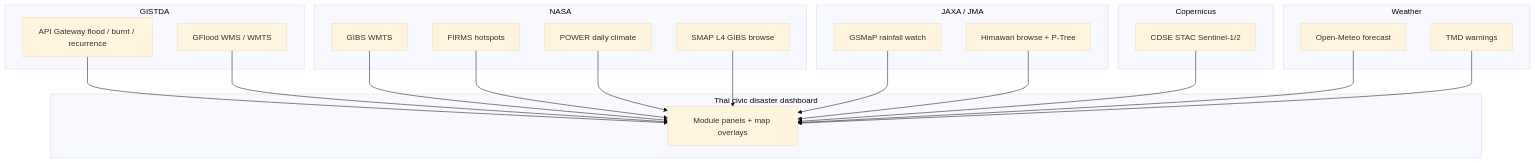
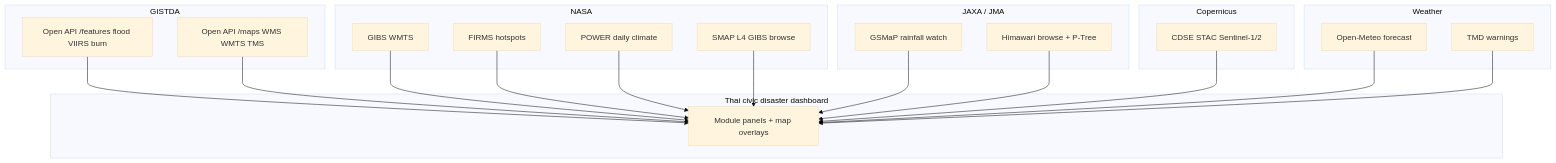
The diagram in docs/FREE-EO-SOURCES.md (Nonarkara/DrNon-Global-Satellite-Toolkit), drawn with Mermaid (base theme) before and after one commit. The commit also changed other lines of this file and 7 other files, not shown here.

First line of the commit message:
Align GISTDA modules with signed-in Open API inventory

````diff
--- a/docs/FREE-EO-SOURCES.md
+++ b/docs/FREE-EO-SOURCES.md
@@ -15,38 +15,38 @@
 ```mermaid
 flowchart TB
   subgraph civic [Thai civic disaster dashboard]
     UI[Module panels + map overlays]
   end
   subgraph gistda [GISTDA]
-    GW[API Gateway flood / burnt / recurrence]
-    OGC[GFlood WMS / WMTS]
+    GW[Open API /features flood VIIRS burn]
+    OGC[Open API /maps WMS WMTS TMS]
   end
   subgraph nasa [NASA]
     GIBS[GIBS WMTS]
     FIRMS[FIRMS hotspots]
     POWER[POWER daily climate]
     SMAP[SMAP L4 GIBS browse]
   end
   subgraph jaxa [JAXA / JMA]
     GSMAP[GSMaP rainfall watch]
     HIM[Himawari browse + P-Tree]
   end
   subgraph eu [Copernicus]
     CDSE[CDSE STAC Sentinel-1/2]
   end
   subgraph wx [Weather]
     OM[Open-Meteo forecast]
     TMD[TMD warnings]
   end
   GW --> UI
   OGC --> UI
   GIBS --> UI
   FIRMS --> UI
   POWER --> UI
   SMAP --> UI
   GSMAP --> UI
   HIM --> UI
   CDSE --> UI
   OM --> UI
   TMD --> UI
 ```
````
